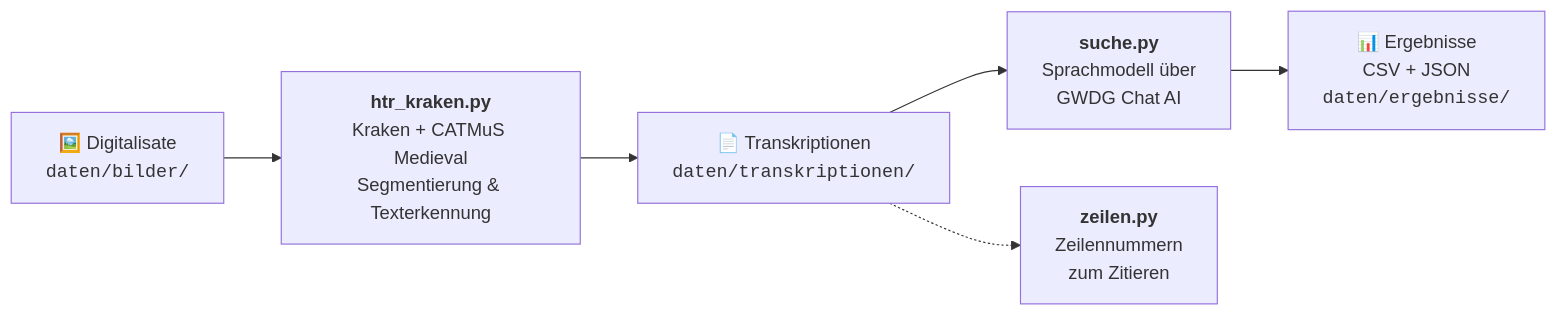
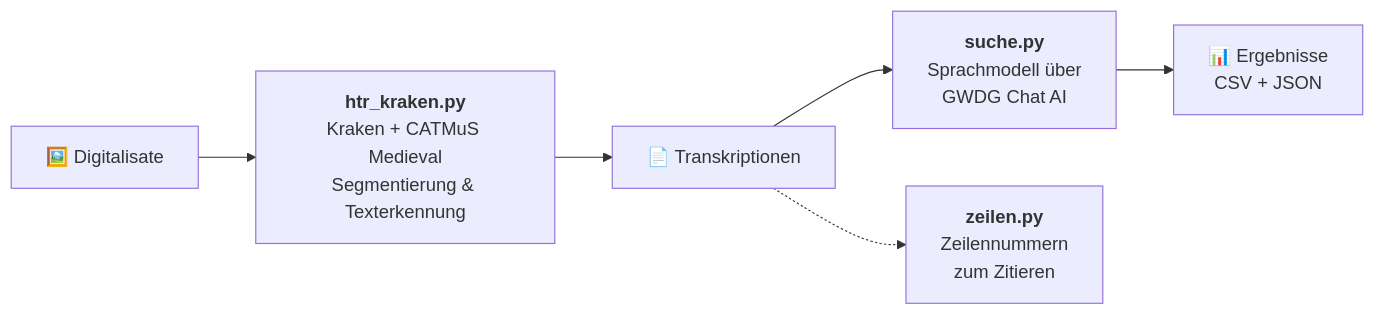
Before and after one commit to NurayHaskilic/HTR-Analyse_Kraken_und_GWDG-API: the diagram in README.md, drawn with Mermaid. The commit also changed other lines of this file, not shown here.

````diff
--- a/README.md
+++ b/README.md
@@ -38,8 +21,8 @@
 ```mermaid
 flowchart LR
-    A["🖼️ Digitalisate<br/><code>daten/bilder/</code>"] --> B["<b>htr_kraken.py</b><br/>Kraken + CATMuS Medieval<br/>Segmentierung & Texterkennung"]
-    B --> C["📄 Transkriptionen<br/><code>daten/transkriptionen/</code>"]
+    A["🖼️ Digitalisate<br/>"] --> B["<b>htr_kraken.py</b><br/>Kraken + CATMuS Medieval<br/>Segmentierung & Texterkennung"]
+    B --> C["📄 Transkriptionen<br/>"]
     C --> D["<b>suche.py</b><br/>Sprachmodell über<br/>GWDG Chat AI"]
-    D --> E["📊 Ergebnisse<br/>CSV + JSON<br/><code>daten/ergebnisse/</code>"]
+    D --> E["📊 Ergebnisse<br/>CSV + JSON<br/>"]
     C -.-> F["<b>zeilen.py</b><br/>Zeilennummern<br/>zum Zitieren"]
 ```
````
